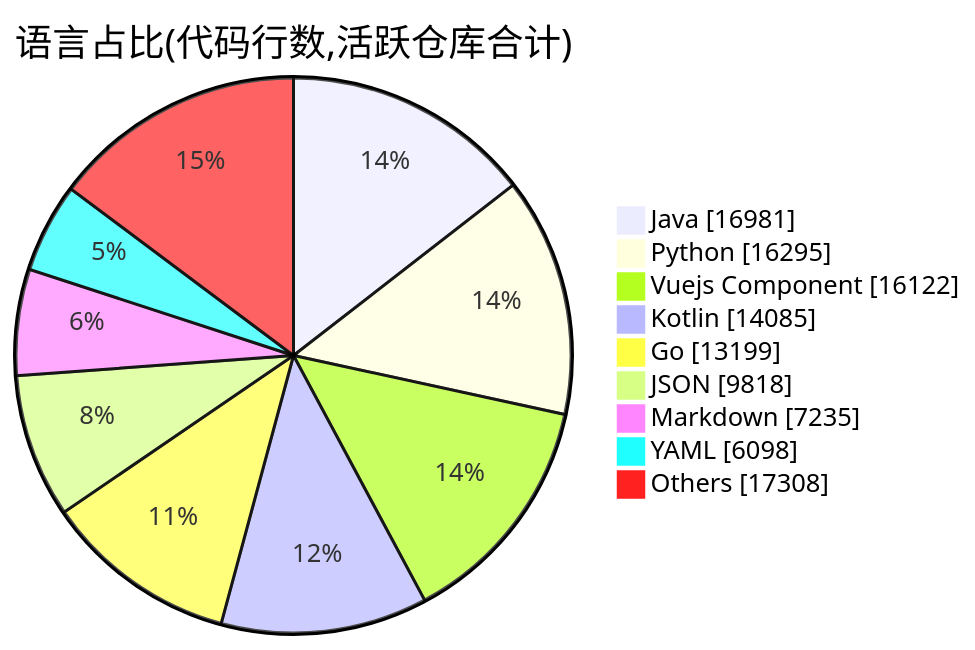
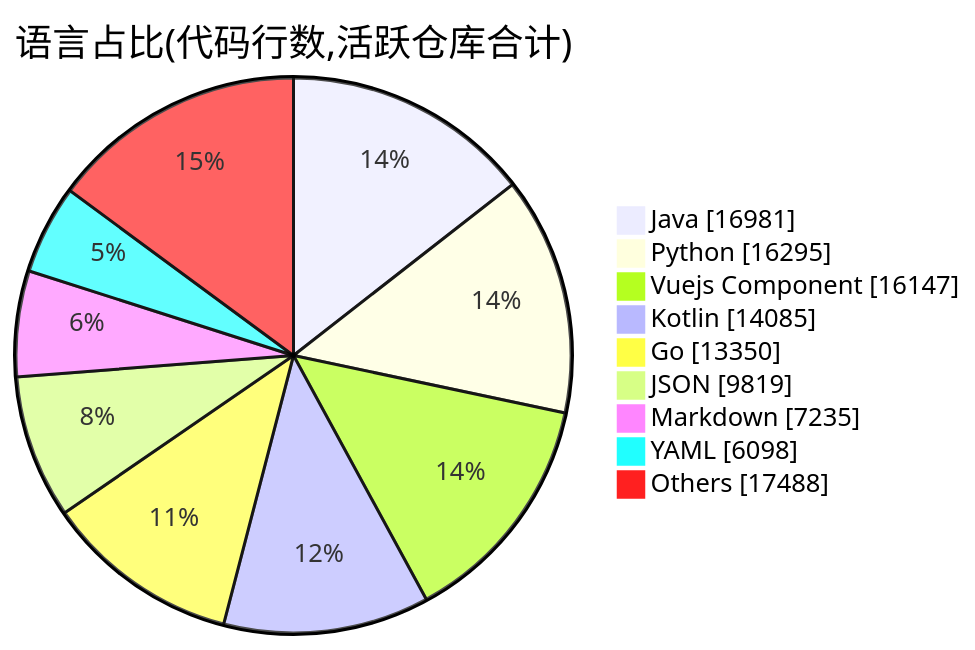
One commit to Conflux-Union/.github changed the second of 2 diagrams in profile/README.md. Above: the diagram before and after it, drawn with Mermaid. The commit also changed other lines of this file and 1 other file, not shown here.

````diff
--- a/profile/README.md
+++ b/profile/README.md
@@ -78,13 +78,13 @@
 ```mermaid
 pie showData
     title 语言占比(代码行数,活跃仓库合计)
     "Java" : 16981
     "Python" : 16295
-    "Vuejs Component" : 16122
+    "Vuejs Component" : 16147
     "Kotlin" : 14085
-    "Go" : 13199
-    "JSON" : 9818
+    "Go" : 13350
+    "JSON" : 9819
     "Markdown" : 7235
     "YAML" : 6098
-    "Others" : 17308
+    "Others" : 17488
 ```
````
